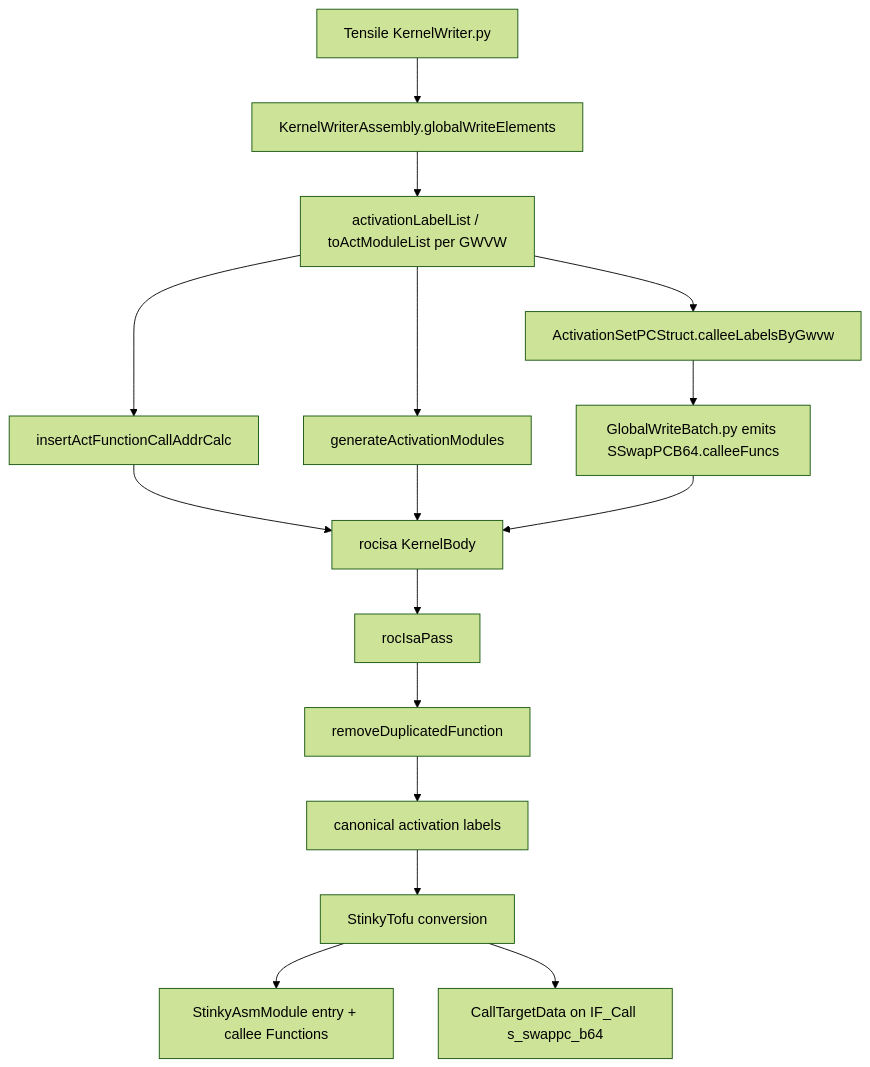
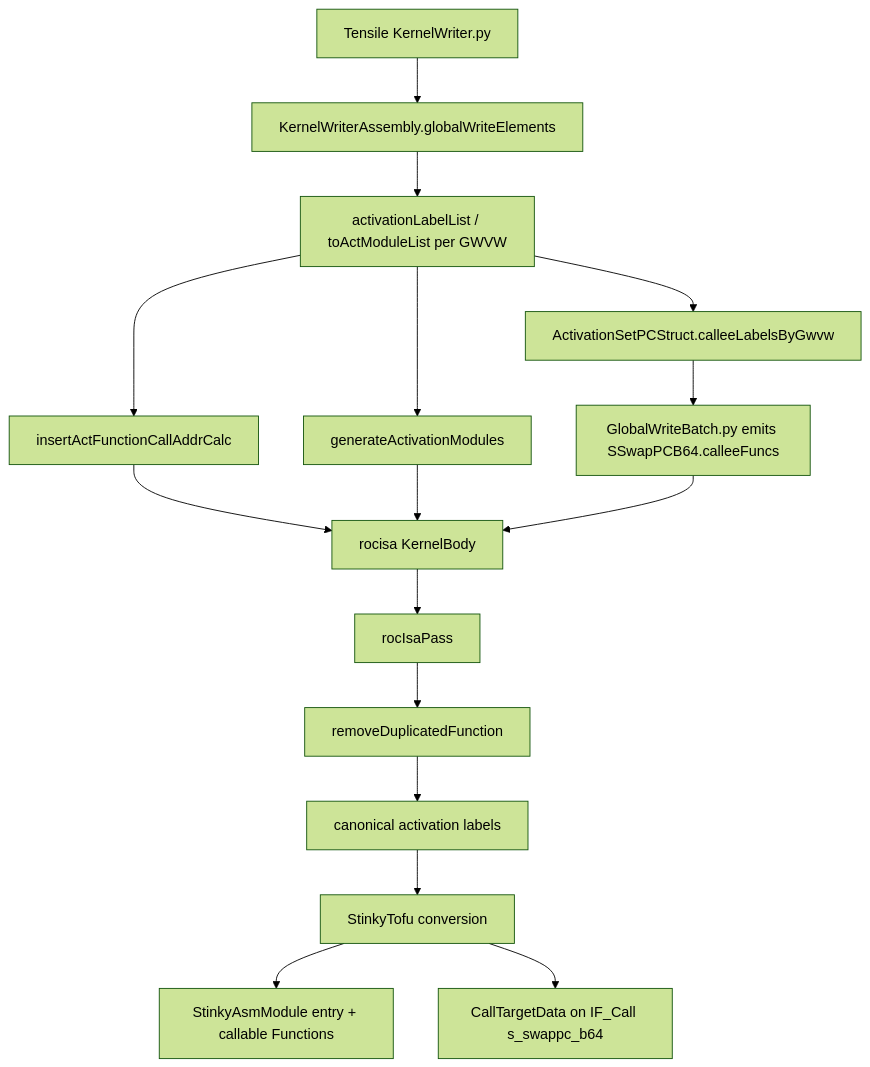
One commit to ROCm/rocm-libraries changed the diagram in shared/stinkytofu/docs/user/long-branch-cfg.md. Above: the diagram before and after it, drawn with Mermaid (forest theme). The commit also changed other lines of this file and 29 other files, not shown here.

````diff
--- a/shared/stinkytofu/docs/user/long-branch-cfg.md
+++ b/shared/stinkytofu/docs/user/long-branch-cfg.md
@@ -269,18 +269,18 @@
 ```mermaid
 flowchart TD
   kw["Tensile KernelWriter.py"] --> gwe["KernelWriterAssembly.globalWriteElements"]
   gwe --> labels["activationLabelList / toActModuleList per GWVW"]
   labels --> addr["insertActFunctionCallAddrCalc"]
   labels --> bodies["generateActivationModules"]
   labels --> setpc["ActivationSetPCStruct.calleeLabelsByGwvw"]
   setpc --> gwb["GlobalWriteBatch.py emits SSwapPCB64.calleeFuncs"]
   addr --> body["rocisa KernelBody"]
   bodies --> body
   gwb --> body
   body --> pass["rocIsaPass"]
   pass --> remove["removeDuplicatedFunction"]
   remove --> canon["canonical activation labels"]
   canon --> st["StinkyTofu conversion"]
-  st --> funcs["StinkyAsmModule entry + callee Functions"]
+  st --> funcs["StinkyAsmModule entry + callable Functions"]
   st --> call["CallTargetData on IF_Call s_swappc_b64"]
 ```
````
